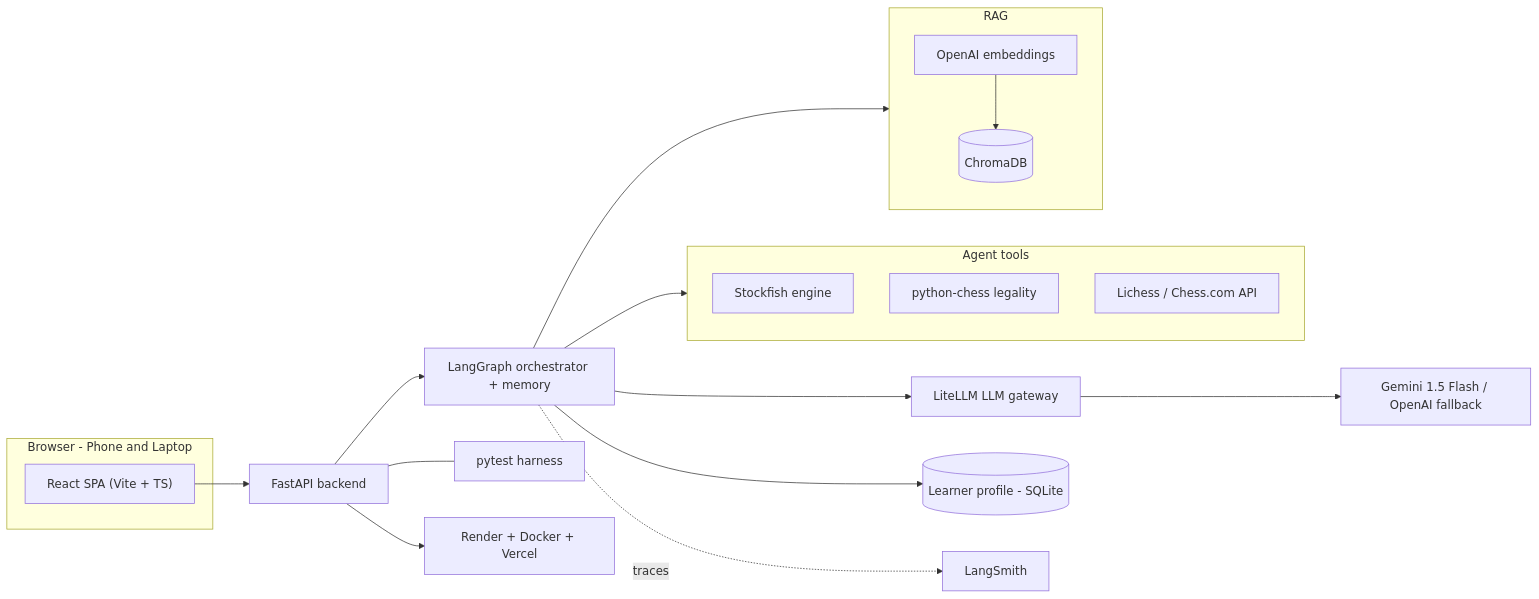
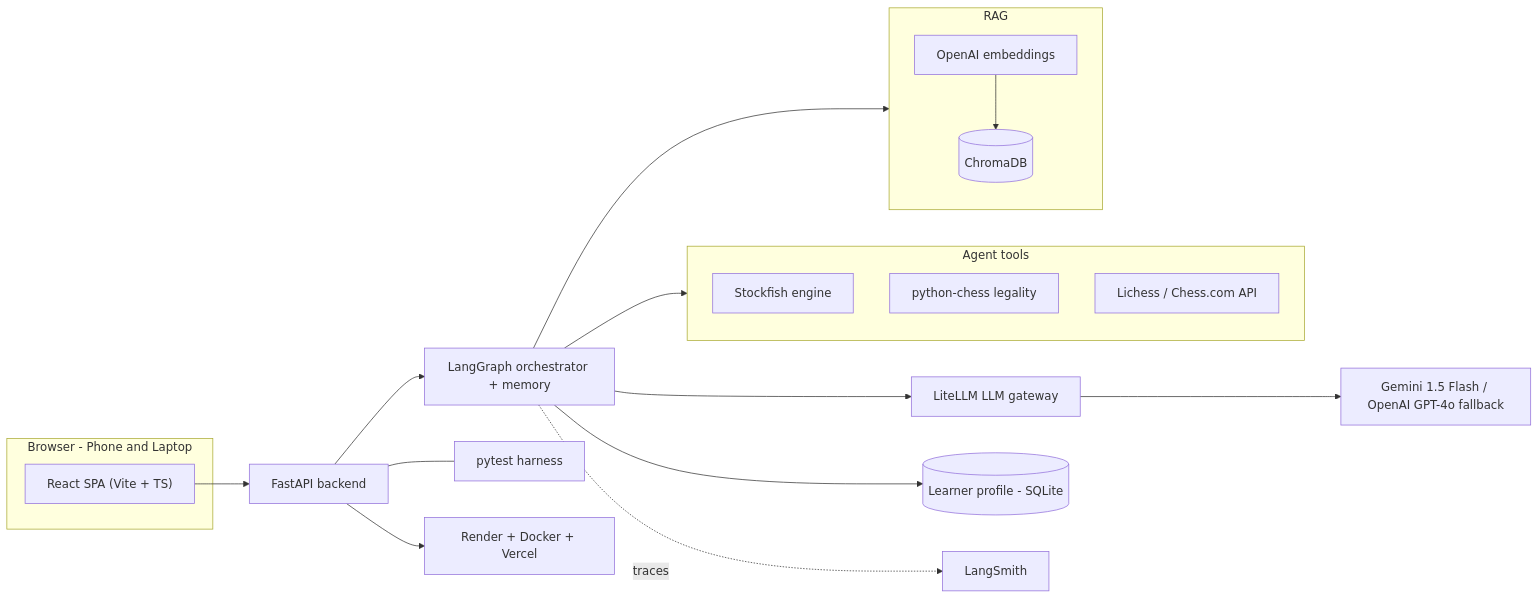
Before and after one commit to rakeshnetdev/AIEC01_CERT_CHLG_GRANDMATE: the second of 3 diagrams in docs/Deliverables.md, drawn with Mermaid. The commit also changed other lines of this file and 41 other files, not shown here.

````diff
--- a/docs/Deliverables.md
+++ b/docs/Deliverables.md
@@ -65,24 +65,24 @@
 ```mermaid
 flowchart LR
     subgraph Client["Browser - Phone and Laptop"]
       UI["React SPA (Vite + TS)"]
     end
     UI --> API["FastAPI backend"]
     API --> ORCH["LangGraph orchestrator + memory"]
     ORCH --> GW["LiteLLM LLM gateway"]
-    GW --> LLM["Gemini 1.5 Flash / OpenAI fallback"]
+    GW --> LLM["Gemini 1.5 Flash / OpenAI GPT-4o fallback"]
     ORCH --> MEM[("Learner profile - SQLite")]
     subgraph TOOLS["Agent tools"]
       SF["Stockfish engine"]
       PC["python-chess legality"]
       LI["Lichess / Chess.com API"]
     end
     ORCH --> TOOLS
     subgraph RAGSYS["RAG"]
       EMB["OpenAI embeddings"] --> VDB[("ChromaDB")]
     end
     ORCH --> RAGSYS
     ORCH -. "traces" .-> MON["LangSmith"]
     API --- EVAL["pytest harness"]
     API --> DEP["Render + Docker + Vercel"]
 ```
````
